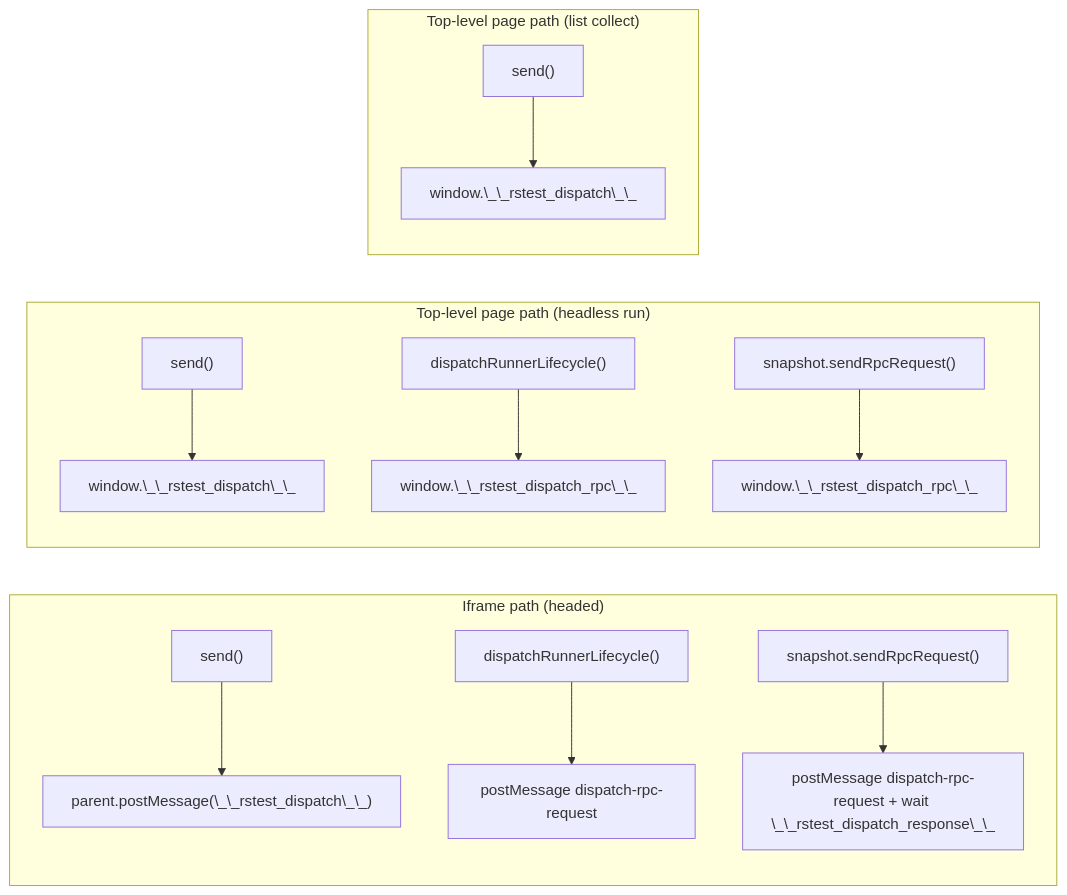
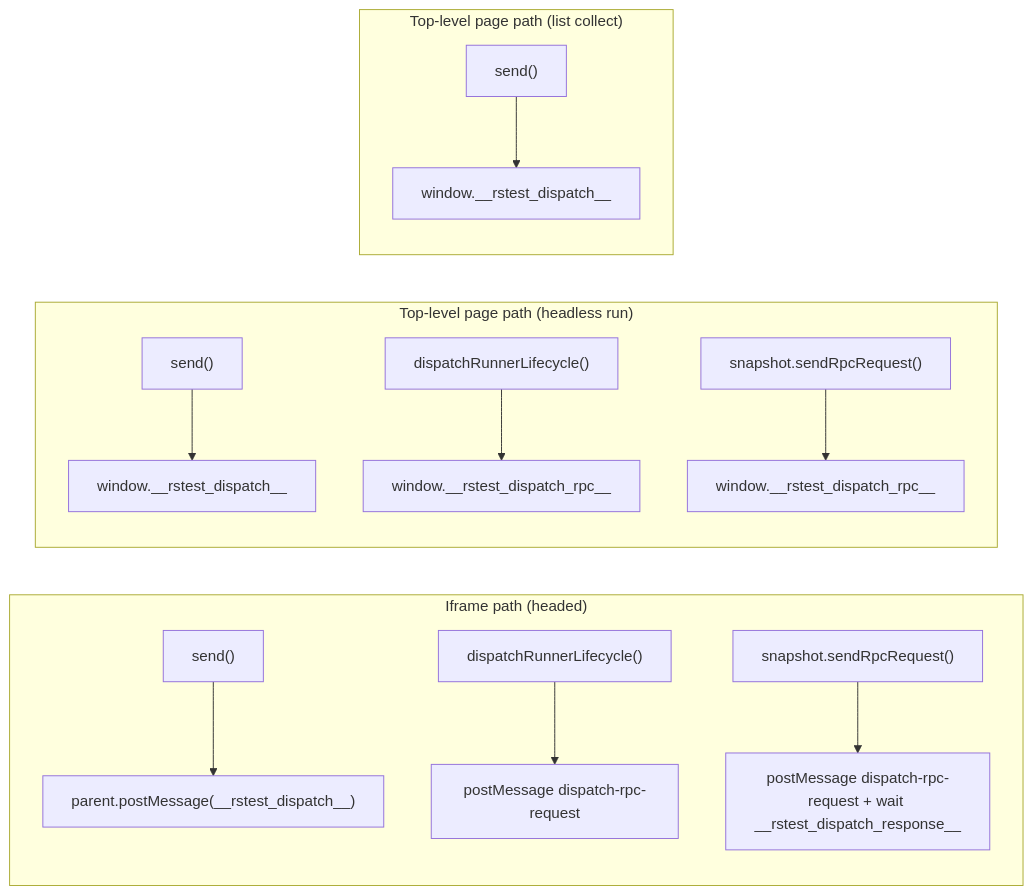
The second of 3 diagrams in packages/browser/src/client/AGENTS.md (web-infra-dev/rstest), drawn with Mermaid before and after one commit. The commit also changed other lines of this file and 15 other files, not shown here.

````diff
--- a/packages/browser/src/client/AGENTS.md
+++ b/packages/browser/src/client/AGENTS.md
@@ -32,18 +32,18 @@
 ```mermaid
 flowchart LR
   subgraph IframePath["Iframe path (headed)"]
-    S1["send()"] --> P1["parent.postMessage(\_\_rstest_dispatch\_\_)"]
+    S1["send()"] --> P1["parent.postMessage(__rstest_dispatch__)"]
     R1["dispatchRunnerLifecycle()"] --> P2["postMessage dispatch-rpc-request"]
-    SN1["snapshot.sendRpcRequest()"] --> P3["postMessage dispatch-rpc-request + wait \_\_rstest_dispatch_response\_\_"]
+    SN1["snapshot.sendRpcRequest()"] --> P3["postMessage dispatch-rpc-request + wait __rstest_dispatch_response__"]
   end
 
   subgraph TopLevelRunPath["Top-level page path (headless run)"]
-    S2["send()"] --> D1["window.\_\_rstest_dispatch\_\_"]
-    R2["dispatchRunnerLifecycle()"] --> D2["window.\_\_rstest_dispatch_rpc\_\_"]
-    SN2["snapshot.sendRpcRequest()"] --> D3["window.\_\_rstest_dispatch_rpc\_\_"]
+    S2["send()"] --> D1["window.__rstest_dispatch__"]
+    R2["dispatchRunnerLifecycle()"] --> D2["window.__rstest_dispatch_rpc__"]
+    SN2["snapshot.sendRpcRequest()"] --> D3["window.__rstest_dispatch_rpc__"]
   end
 
   subgraph TopLevelCollectPath["Top-level page path (list collect)"]
-    S3["send()"] --> C1["window.\_\_rstest_dispatch\_\_"]
+    S3["send()"] --> C1["window.__rstest_dispatch__"]
   end
 ```
````
